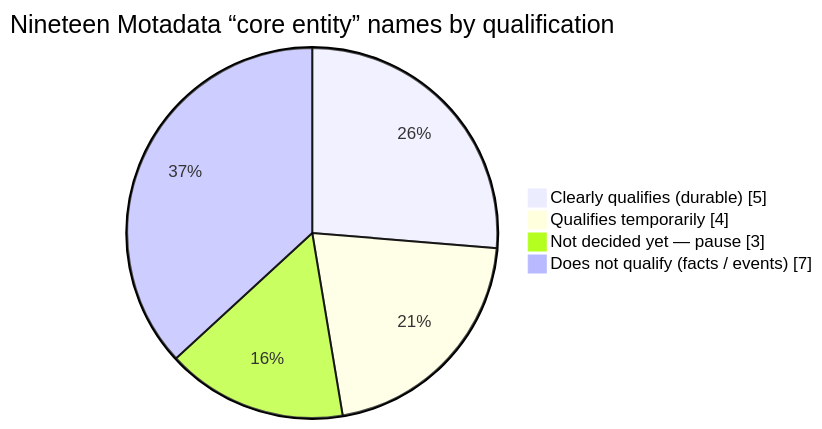
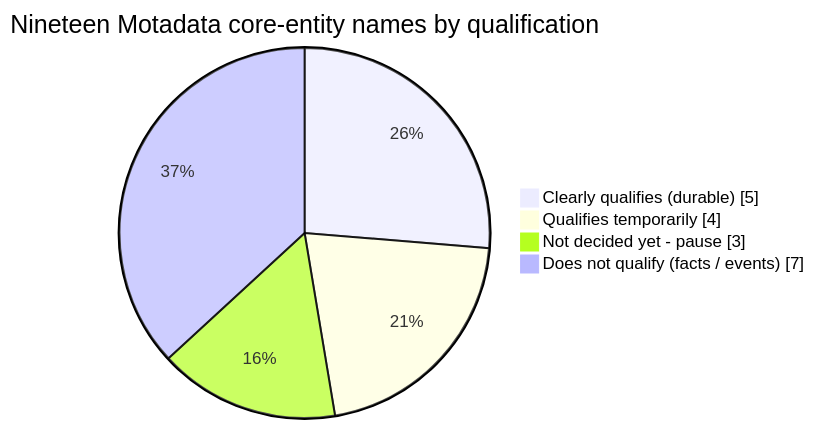
The diagram in pillar-ab-implementation/contracts/GRAPH_CONTRACT_V1_DISCUSSION_BRIEF.md (harshilshah2501/unified-rca-pipeline), drawn with Mermaid before and after one commit. The commit also changed other lines of this file and 183 other files, not shown here.

````diff
--- a/pillar-ab-implementation/contracts/GRAPH_CONTRACT_V1_DISCUSSION_BRIEF.md
+++ b/pillar-ab-implementation/contracts/GRAPH_CONTRACT_V1_DISCUSSION_BRIEF.md
@@ -80,8 +80,8 @@
 ```mermaid
 pie showData
-    title Nineteen Motadata “core entity” names by qualification
+    title Nineteen Motadata core-entity names by qualification
     "Clearly qualifies (durable)" : 5
     "Qualifies temporarily" : 4
-    "Not decided yet — pause" : 3
+    "Not decided yet - pause" : 3
     "Does not qualify (facts / events)" : 7
 ```
````
